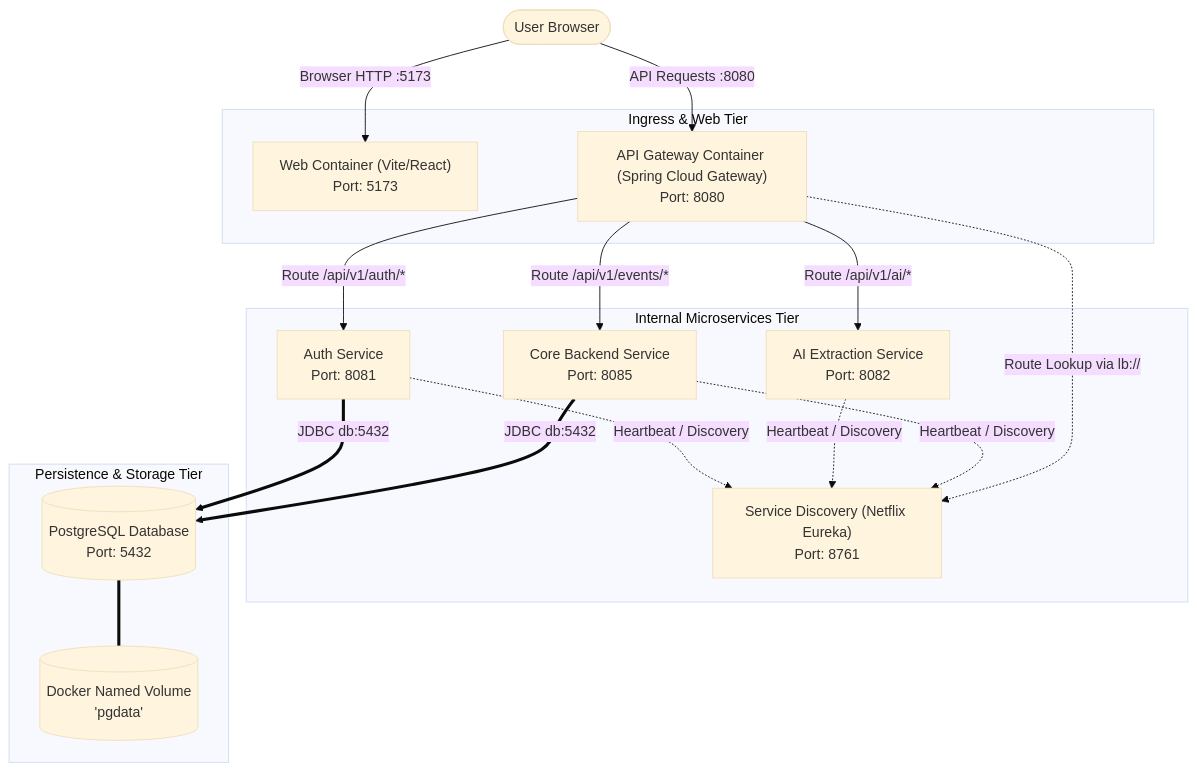
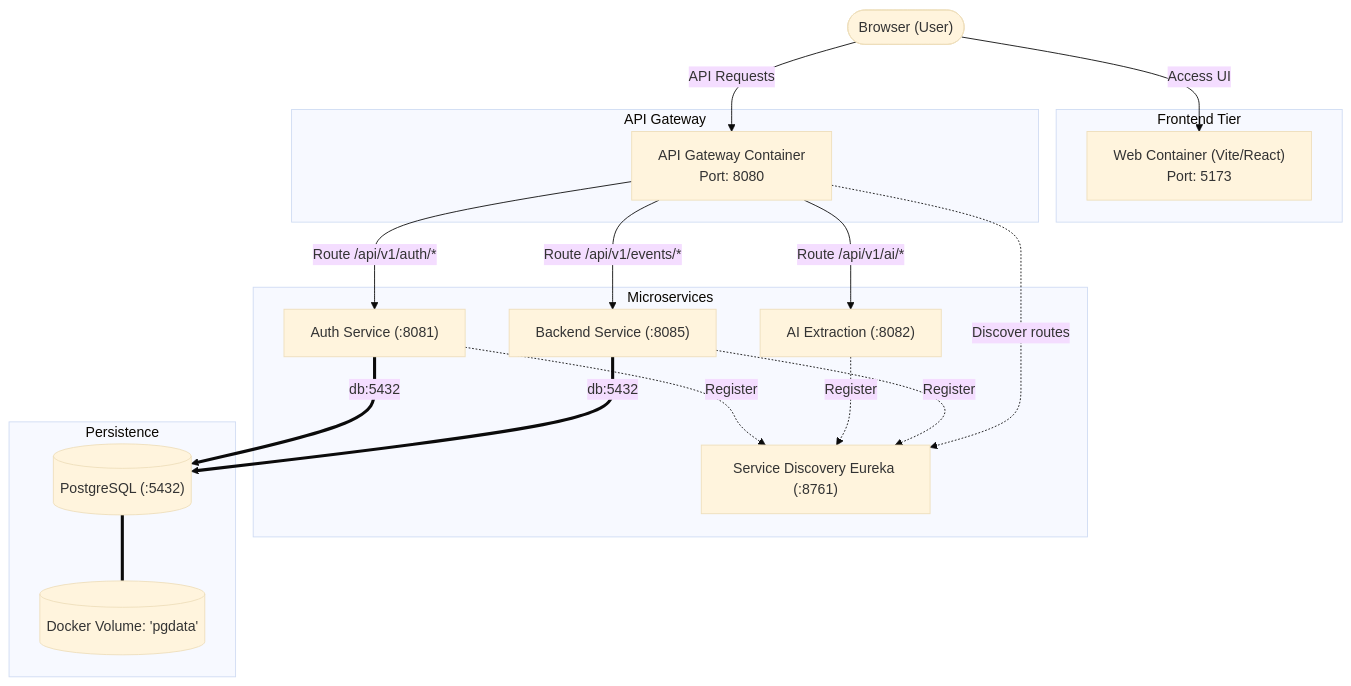
Before and after one commit to rohithgowda18/Notes: diagram 14 of 14 in 07-Backend-Engineering/Docker.md, drawn with Mermaid (base theme). The commit also changed other lines of this file, not shown here.

Commit message:
docs(docker): prune low-frequency DevOps topics and focus on high-yield placement Q&A

````diff
--- a/07-Backend-Engineering/Docker.md
+++ b/07-Backend-Engineering/Docker.md
@@ -753,37 +581,40 @@
 ```mermaid
 flowchart TD
-    Client(["User Browser"])
+    User(["Browser (User)"])
 
-    subgraph IngressLayer ["Ingress & Web Tier"]
-        Frontend["Web Container (Vite/React)\nPort: 5173"]
-        Gateway["API Gateway Container (Spring Cloud Gateway)\nPort: 8080"]
+    subgraph FrontendTier ["Frontend Tier"]
+        Web["Web Container (Vite/React)\nPort: 5173"]
     end
 
-    subgraph ServiceMesh ["Internal Microservices Tier"]
-        Auth["Auth Service\nPort: 8081"]
-        AI["AI Extraction Service\nPort: 8082"]
-        Backend["Core Backend Service\nPort: 8085"]
-        Eureka["Service Discovery (Netflix Eureka)\nPort: 8761"]
+    subgraph GatewayTier ["API Gateway"]
+        Gateway["API Gateway Container\nPort: 8080"]
     end
 
-    subgraph StorageLayer ["Persistence & Storage Tier"]
-        DB[("PostgreSQL Database\nPort: 5432")]
-        Vol[("Docker Named Volume\n'pgdata'")]
+    subgraph MicroservicesTier ["Microservices"]
+        Auth["Auth Service (:8081)"]
+        AI["AI Extraction (:8082)"]
+        Backend["Backend Service (:8085)"]
+        Eureka["Service Discovery Eureka (:8761)"]
     end
 
-    Client -->|Browser HTTP :5173| Frontend
-    Client -->|API Requests :8080| Gateway
+    subgraph DatabaseTier ["Persistence"]
+        Postgres[("PostgreSQL (:5432)")]
+        Volume[("Docker Volume: 'pgdata'")]
+    end
+
+    User -->|Access UI| Web
+    User -->|API Requests| Gateway
 
     Gateway -->|Route /api/v1/auth/*| Auth
     Gateway -->|Route /api/v1/ai/*| AI
     Gateway -->|Route /api/v1/events/*| Backend
 
-    Auth -.->|Heartbeat / Discovery| Eureka
-    AI -.->|Heartbeat / Discovery| Eureka
-    Backend -.->|Heartbeat / Discovery| Eureka
-    Gateway -.->|Route Lookup via lb://| Eureka
+    Auth -.->|Register| Eureka
+    AI -.->|Register| Eureka
+    Backend -.->|Register| Eureka
+    Gateway -.->|Discover routes| Eureka
 
-    Auth ==>|JDBC db:5432| DB
-    Backend ==>|JDBC db:5432| DB
-    DB === Vol
+    Auth ==>|db:5432| Postgres
+    Backend ==>|db:5432| Postgres
+    Postgres === Volume
 ```
````
